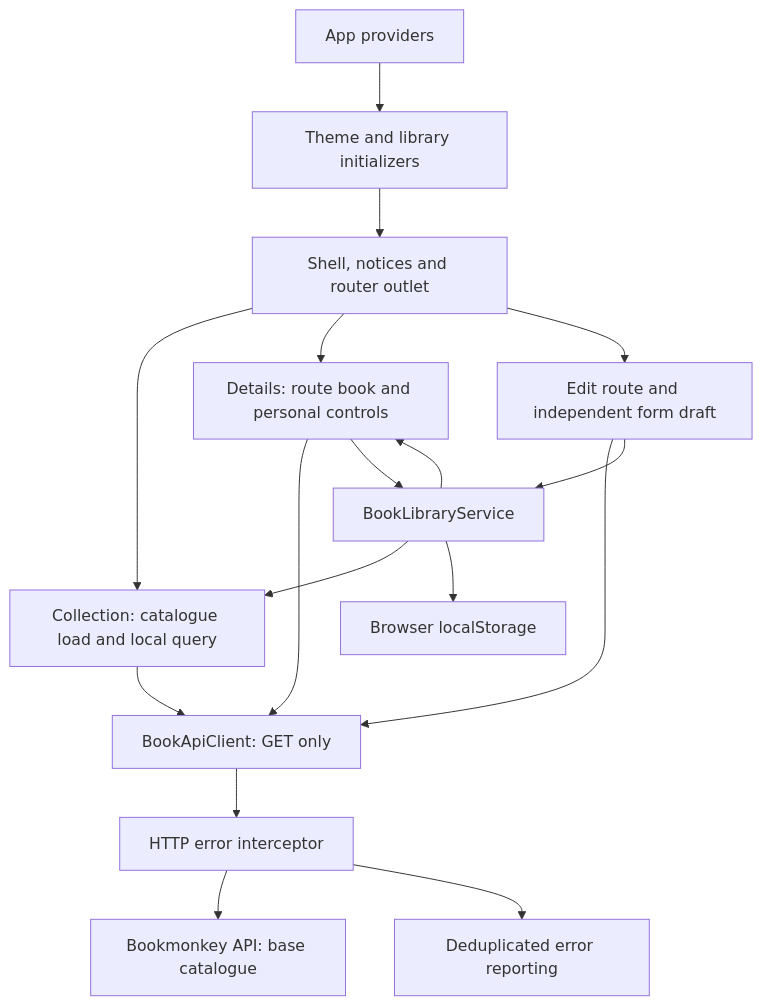
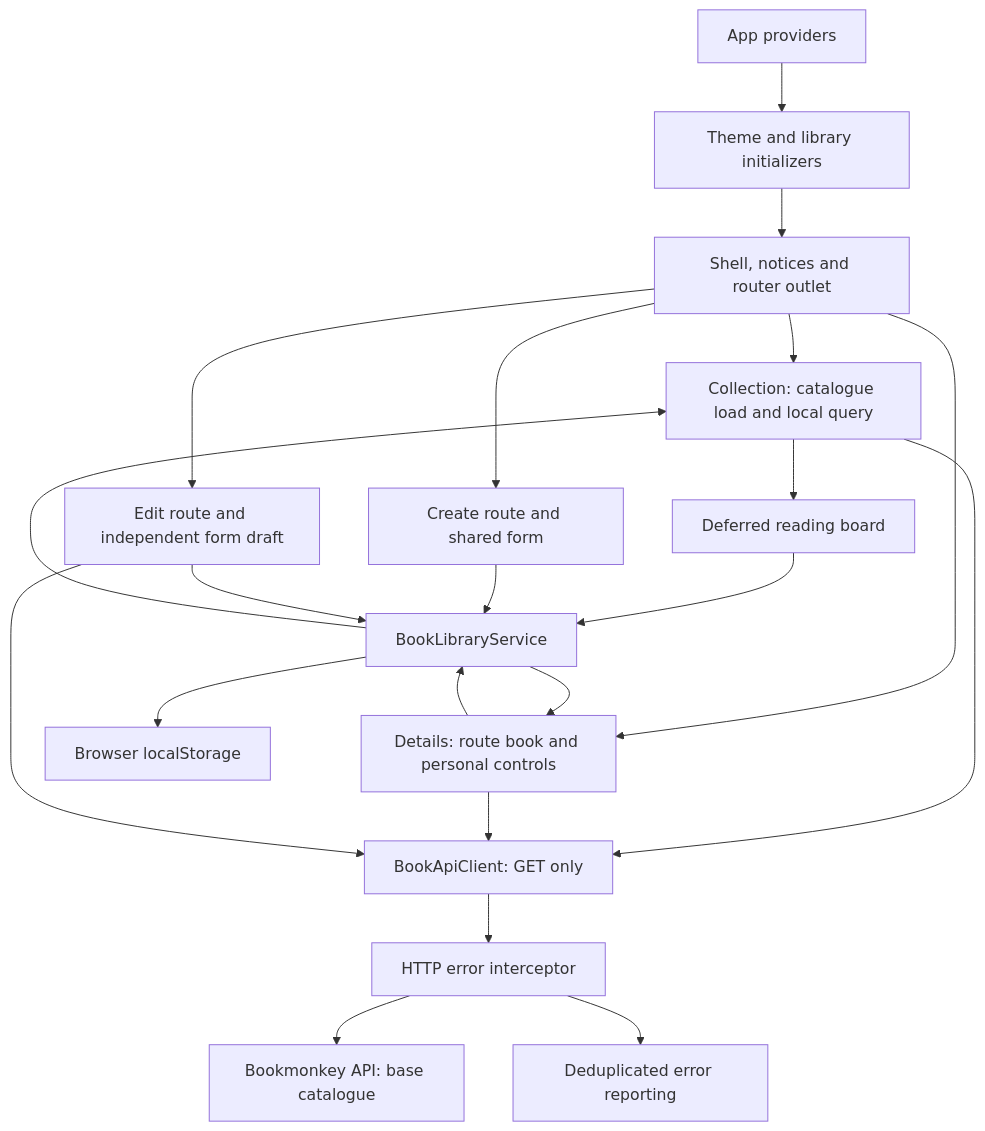
One commit to JensEngel1288/ki-software-engineer changed the diagram in ARCHITECTURE.md. Above: the diagram before and after it, drawn with Mermaid. The commit also changed other lines of this file and 28 other files, not shown here.

````diff
--- a/ARCHITECTURE.md
+++ b/ARCHITECTURE.md
@@ -95,19 +98,23 @@
 ```mermaid
 flowchart TD
     Config["App providers"] --> Init["Theme and library initializers"]
     Init --> App["Shell, notices and router outlet"]
     App --> List["Collection: catalogue load and local query"]
     App --> Details["Details: route book and personal controls"]
     App --> Edit["Edit route and independent form draft"]
+    App --> Create["Create route and shared form"]
+    List --> Board["Deferred reading board"]
+    Board --> Library
+    Create --> Library
     List --> APIClient["BookApiClient: GET only"]
     Details --> APIClient
     Edit --> APIClient
     APIClient --> Interceptor["HTTP error interceptor"]
     Interceptor --> API["Bookmonkey API: base catalogue"]
     Interceptor --> Reporter["Deduplicated error reporting"]
     Library["BookLibraryService"] --> List
     Library --> Details
     Edit --> Library
     Details --> Library
     Library --> Storage["Browser localStorage"]
 ```
````
